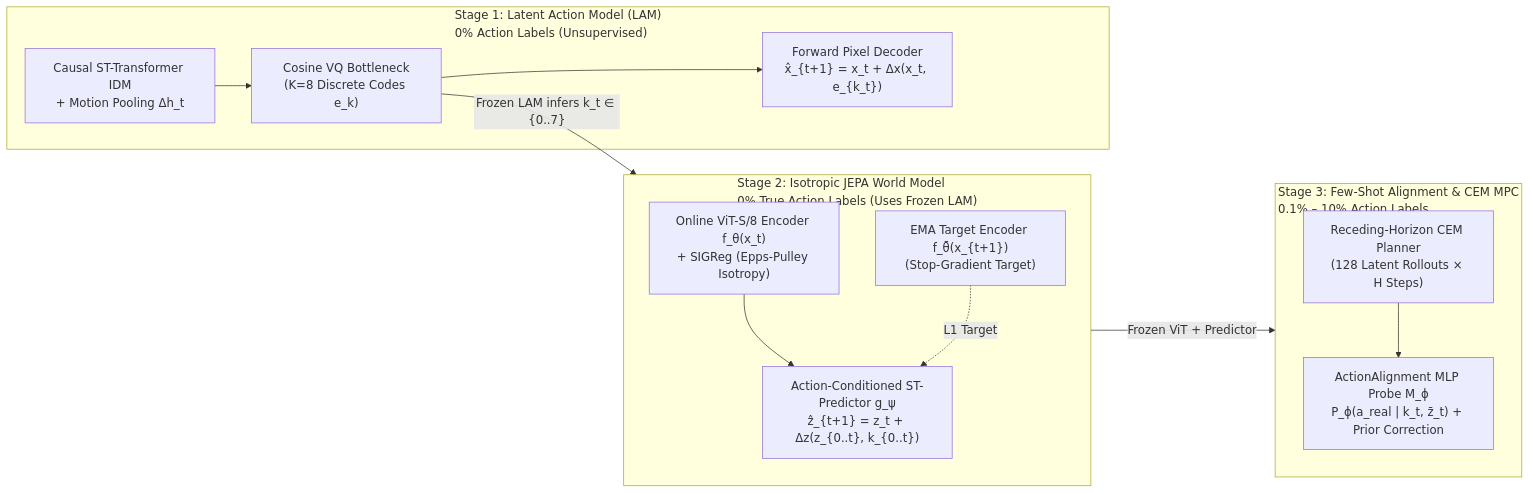
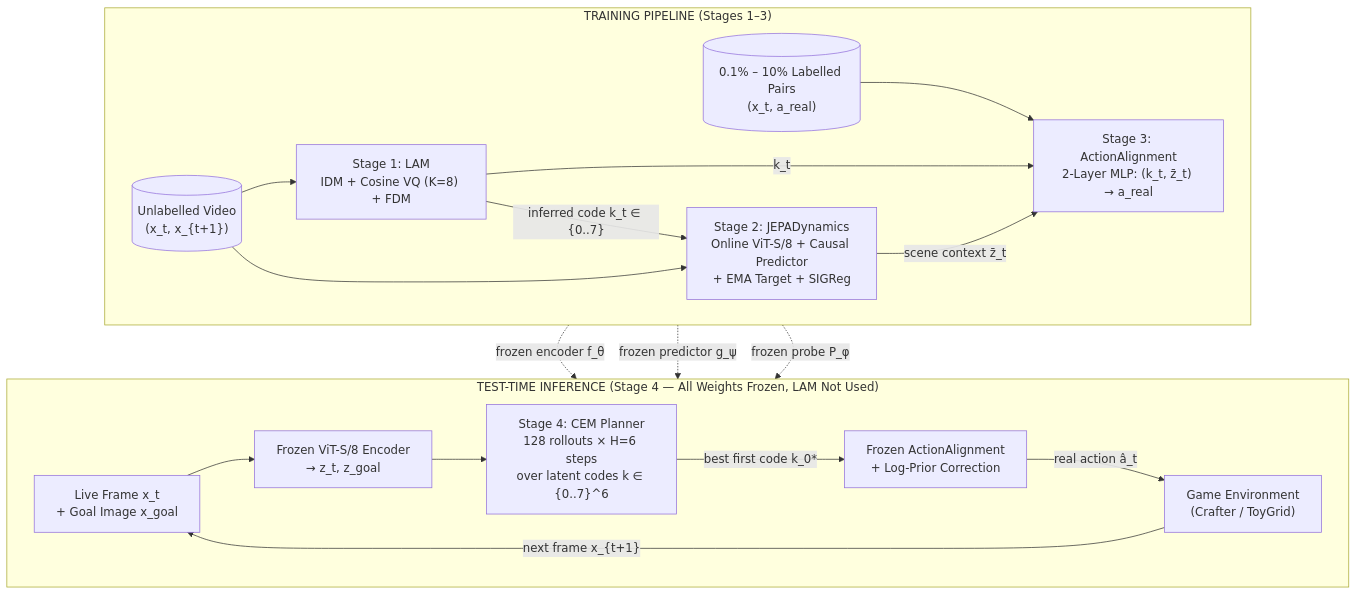
Before and after one commit to rivas-vega/latent-play: the diagram in README.md, drawn with Mermaid. The commit also changed other lines of this file and 6 other files, not shown here.

````diff
--- a/README.md
+++ b/README.md
@@ -46,23 +34,25 @@
 ```mermaid
-flowchart LR
-    subgraph S1["Stage 1: Latent Action Model (LAM)\n0% Action Labels (Unsupervised)"]
-        IDM["Causal ST-Transformer IDM\n+ Motion Pooling Δh_t"]
-        VQ["Cosine VQ Bottleneck\n(K=8 Discrete Codes e_k)"]
-        FDM["Forward Pixel Decoder\nx̂_{t+1} = x_t + Δx(x_t, e_{k_t})"]
-        IDM --> VQ --> FDM
+flowchart TB
+    subgraph TRAIN["TRAINING PIPELINE (Stages 1–3)"]
+        direction LR
+        V[("Unlabelled Video\n(x_t, x_{t+1})")] --> LAM["Stage 1: LAM\nIDM + Cosine VQ (K=8) + FDM"]
+        LAM -- "inferred code k_t ∈ {0..7}" --> JEPA["Stage 2: JEPADynamics\nOnline ViT-S/8 + Causal Predictor\n+ EMA Target + SIGReg"]
+        V --> JEPA
+        LAB[("0.1% – 10% Labelled Pairs\n(x_t, a_real)")] --> AL["Stage 3: ActionAlignment\n2-Layer MLP: (k_t, z̄_t) → a_real"]
+        LAM -- "k_t" --> AL
+        JEPA -- "scene context z̄_t" --> AL
     end
-    subgraph S2["Stage 2: Isotropic JEPA World Model\n0% True Action Labels (Uses Frozen LAM)"]
-        ENC["Online ViT-S/8 Encoder f_θ(x_t)\n+ SIGReg (Epps-Pulley Isotropy)"]
-        PRED["Action-Conditioned ST-Predictor g_ψ\nẑ_{t+1} = z_t + Δz(z_{0..t}, k_{0..t})"]
-        EMA["EMA Target Encoder f_θ̄(x_{t+1})\n(Stop-Gradient Target)"]
-        ENC --> PRED
-        EMA -. "L1 Target" .-> PRED
+
+    subgraph TEST["TEST-TIME INFERENCE (Stage 4 — All Weights Frozen, LAM Not Used)"]
+        direction LR
+        X["Live Frame x_t\n+ Goal Image x_goal"] --> ENC["Frozen ViT-S/8 Encoder\n→ z_t, z_goal"]
+        ENC --> CEM["Stage 4: CEM Planner\n128 rollouts × H=6 steps\nover latent codes k ∈ {0..7}^6"]
+        CEM -- "best first code k_0*" --> AL2["Frozen ActionAlignment\n+ Log-Prior Correction"]
+        AL2 -- "real action â_t" --> ENV["Game Environment\n(Crafter / ToyGrid)"]
+        ENV -- "next frame x_{t+1}" --> X
     end
-    subgraph S3["Stage 3: Few-Shot Alignment & CEM MPC\n0.1% – 10% Action Labels"]
-        AL["ActionAlignment MLP Probe M_ϕ\nP_ϕ(a_real | k_t, z̄_t) + Prior Correction"]
-        CEM["Receding-Horizon CEM Planner\n(128 Latent Rollouts × H Steps)"]
-        CEM --> AL
-    end
-    VQ -- "Frozen LAM infers k_t ∈ {0..7}" --> S2
-    S2 -- "Frozen ViT + Predictor" --> S3
+
+    JEPA -. "frozen encoder f_θ" .-> ENC
+    JEPA -. "frozen predictor g_ψ" .-> CEM
+    AL -. "frozen probe P_φ" .-> AL2
 ```
````
